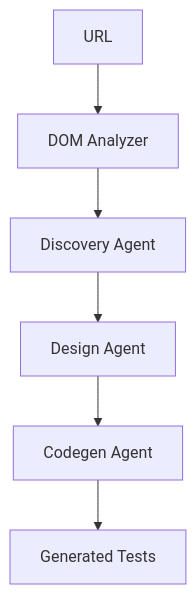
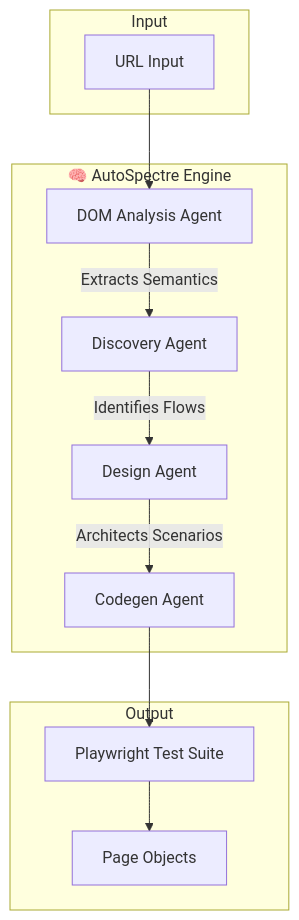
The diagram in README.md (Mukuldev21/AutoSpectre), drawn with Mermaid before and after one commit. The commit also changed other lines of this file, not shown here.

````diff
--- a/README.md
+++ b/README.md
@@ -19,8 +48,19 @@
 ```mermaid
 flowchart TD
-    A[URL] --> B[DOM Analyzer]
-    B --> C[Discovery Agent]
-    C --> D[Design Agent]
-    D --> E[Codegen Agent]
-    E --> F[Generated Tests]
+    subgraph Input
+    A[URL Input]
+    end
+
+    subgraph Core_Engine ["🧠 AutoSpectre Engine"]
+    B[DOM Analysis Agent] -->|Extracts Semantics| C[Discovery Agent]
+    C -->|Identifies Flows| D[Design Agent]
+    D -->|Architects Scenarios| E[Codegen Agent]
+    end
+
+    subgraph Output
+    E --> F[Playwright Test Suite]
+    F --> G[Page Objects]
+    end
+
+    A --> B
 ```
````
